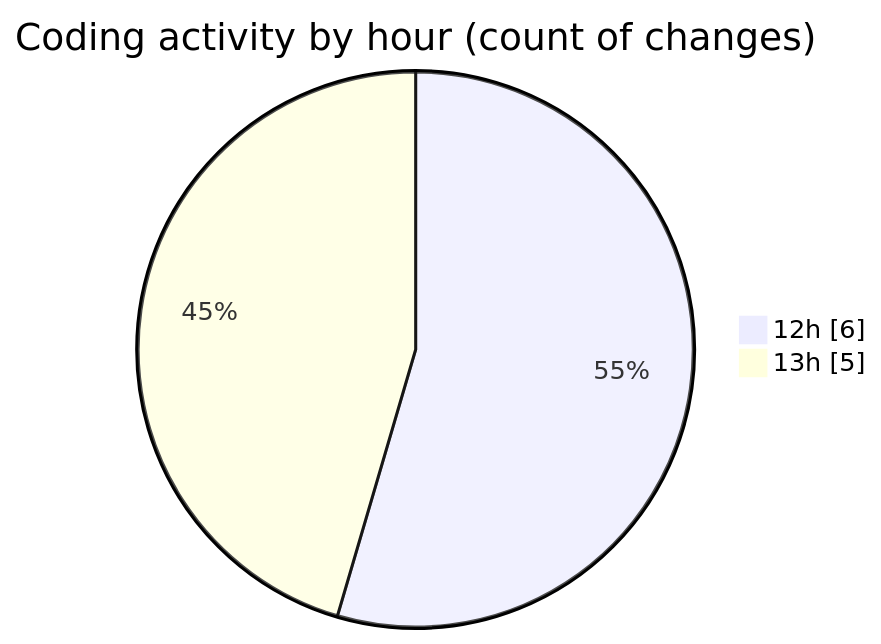
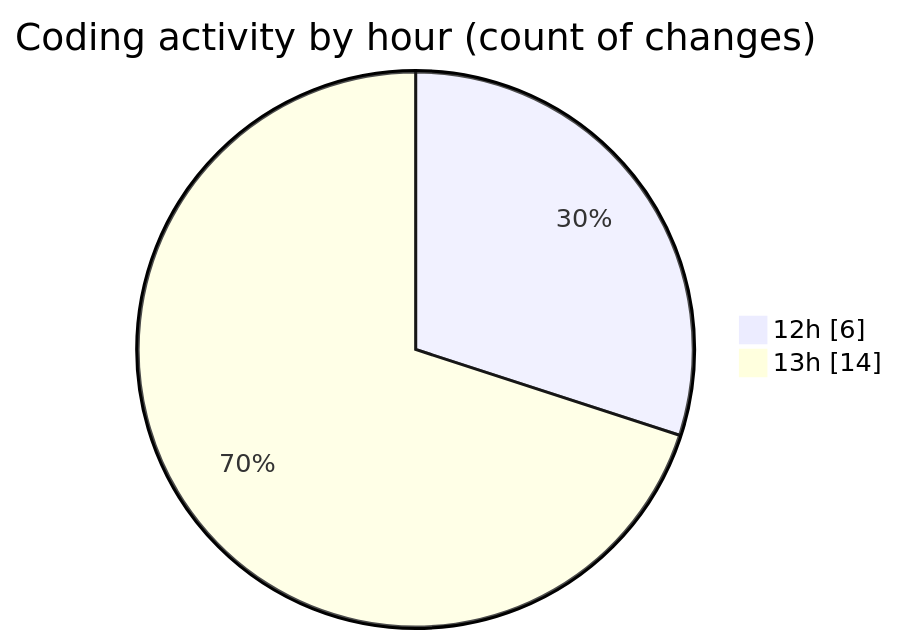
Before and after one commit to Ritupan-Deka/code-tracking: the second of 2 diagrams in 2025-10-19/typescript/README.md, drawn with Mermaid. The commit also changed other lines of this file and 1 other file, not shown here.

````diff
--- a/2025-10-19/typescript/README.md
+++ b/2025-10-19/typescript/README.md
@@ -29,6 +29,6 @@
 ```mermaid
 pie showData
 title Coding activity by hour (count of changes)
 "12h" : 6
-"13h" : 5
+"13h" : 14
 ```
````
